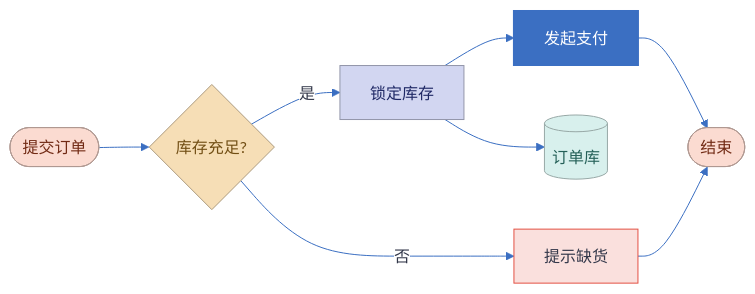
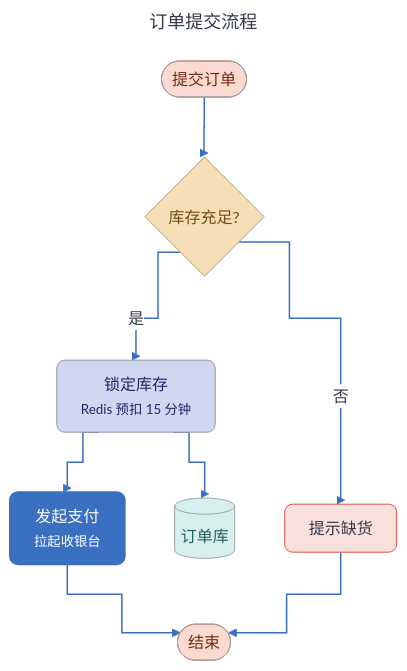
The fifth of 45 diagrams in docs/画图指南.md (huang-hee/diagram-kit), drawn with Mermaid before and after one commit. The commit also changed other lines of this file and 248 other files, not shown here.

First line of the commit message:
feat: 示例按统一风格重做，补齐 42 张 drawio 整图示例，默认工具改为 drawio

````diff
--- a/docs/画图指南.md
+++ b/docs/画图指南.md
@@ -464,39 +463,47 @@
 ```mermaid
 ---
+title: "订单提交流程"
 config:
   theme: base
   fontFamily: "PingFang SC, Microsoft YaHei, Noto Sans CJK SC, Source Han Sans SC, sans-serif"
+  flowchart:
+    curve: "step"
+    nodeSpacing: 50
+    rankSpacing: 60
+    padding: 12
+    wrappingWidth: 300
   themeVariables:
     background: "#FFFFFF"
     primaryColor: "#FFFFFF"
     primaryBorderColor: "#3B6FC2"
     primaryTextColor: "#33384A"
     nodeTextColor: "#33384A"
     secondaryColor: "#FBDBD1"
     tertiaryColor: "#EBF1F9"
     lineColor: "#3B6FC2"
     textColor: "#33384A"
     clusterBkg: "#EBF1F9"
     clusterBorder: "#3B6FC2"
     edgeLabelBackground: "#FFFFFF"
     titleColor: "#33384A"
     noteBkgColor: "#FFF6CE"
     noteBorderColor: "#A6A086"
     noteTextColor: "#33384A"
 ---
-flowchart LR
+flowchart TB
   A([提交订单]):::startend --> B{库存充足?}:::decision
+  B -- 是 --> C["锁定库存<br><small>Redis 预扣 15 分钟</small>"]:::process
   B -- 否 --> X[提示缺货]:::error
-  B -- 是 --> C[锁定库存]:::process
+  C --> E["发起支付<br><small>拉起收银台</small>"]:::key
   C --> D[(订单库)]:::data
-  C --> E[发起支付]:::key
   E --> Z([结束]):::startend
   X --> Z
-classDef startend fill:#FBDBD1,stroke:#B09992,color:#712A14
-classDef process fill:#D2D6F1,stroke:#9396A9,color:#1F2865
-classDef decision fill:#F6DEB6,stroke:#AC9B7F,color:#714E14
-classDef data fill:#D8F0ED,stroke:#97A8A6,color:#256058
-classDef key fill:#3B6FC2,stroke:#3B6FC2,color:#FFFFFF,stroke-width:2px
-classDef error fill:#FAE0DD,stroke:#E35144,color:#33384A
+classDef startend fill:#FBDBD1,stroke:#B09992,color:#712A14,rx:8,ry:8
+classDef process fill:#D2D6F1,stroke:#9396A9,color:#1F2865,rx:8,ry:8
+classDef decision fill:#F6DEB6,stroke:#AC9B7F,color:#714E14,rx:8,ry:8
+classDef data fill:#D8F0ED,stroke:#97A8A6,color:#256058,rx:8,ry:8
+classDef key fill:#3B6FC2,stroke:#3B6FC2,color:#FFFFFF,stroke-width:2px,rx:8,ry:8
+classDef error fill:#FAE0DD,stroke:#E35144,color:#33384A,rx:8,ry:8
 %% 用法：节点 A:::startend 或 class A,B startend
+linkStyle default stroke-width:1.5px
 ```
````
